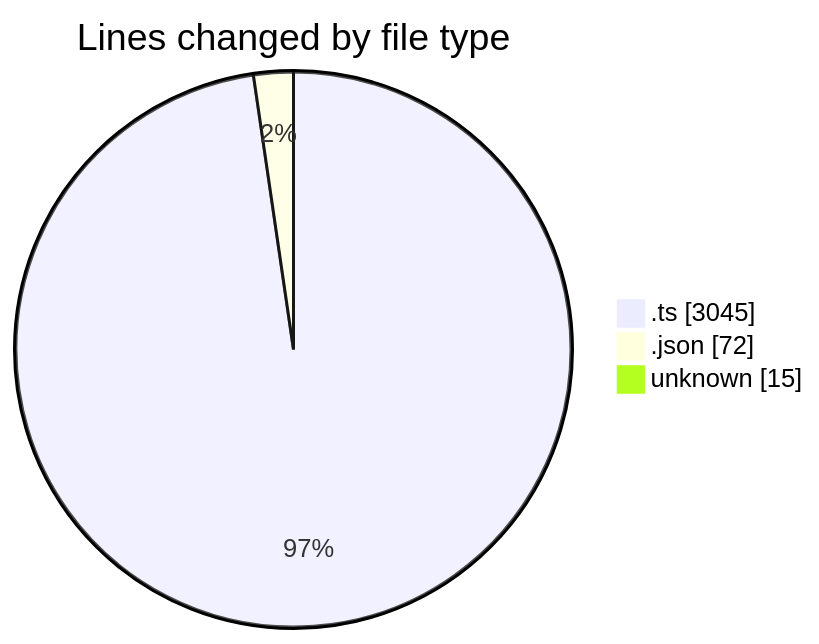
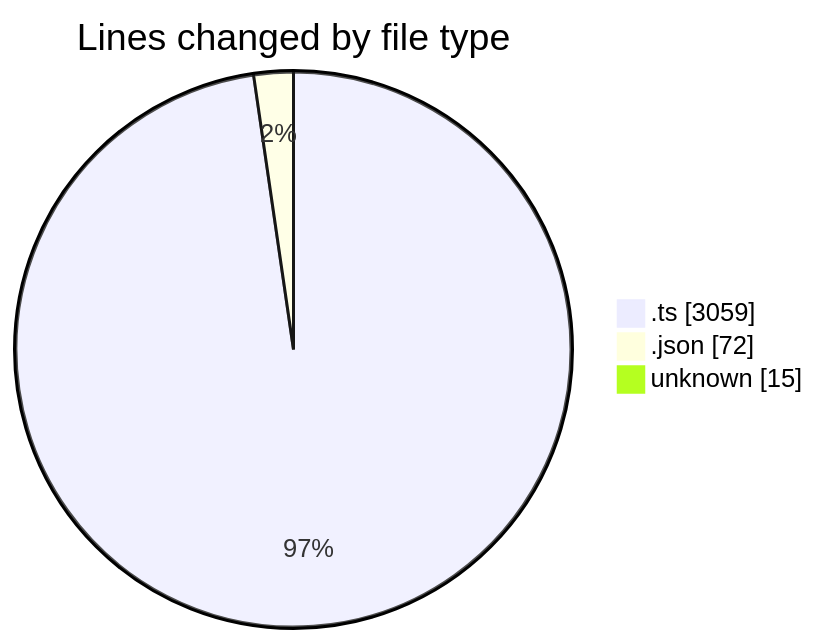
One commit to lephambinh05/code-tracking changed the first of 2 diagrams in 2025-09-10/hiai-phf/README.md. Above: the diagram before and after it, drawn with Mermaid. The commit also changed other lines of this file and 1 other file, not shown here.

````diff
--- a/2025-09-10/hiai-phf/README.md
+++ b/2025-09-10/hiai-phf/README.md
@@ -29,7 +29,7 @@
 ```mermaid
 pie showData
 title Lines changed by file type
-".ts" : 3045
+".ts" : 3059
 ".json" : 72
 "unknown" : 15
 ```
````
